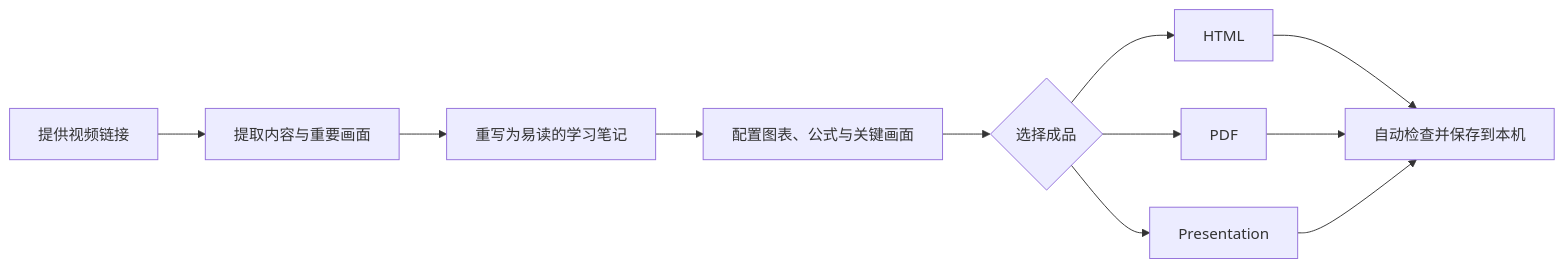
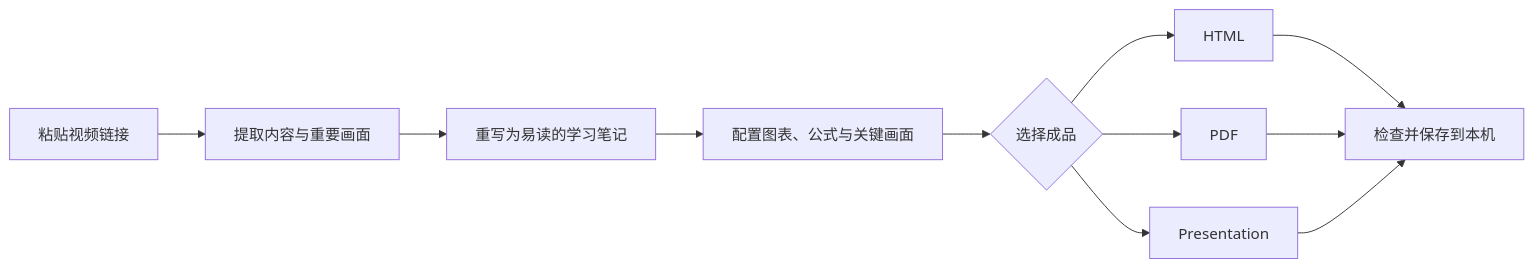
Before and after one commit to cdy1206/video-study-pipeline: the diagram in README.md, drawn with Mermaid. The commit also changed other lines of this file, not shown here.

````diff
--- a/README.md
+++ b/README.md
@@ -128,13 +155,13 @@
 ```mermaid
 flowchart LR
-    A[提供视频链接] --> B[提取内容与重要画面]
+    A[粘贴视频链接] --> B[提取内容与重要画面]
     B --> C[重写为易读的学习笔记]
     C --> D[配置图表、公式与关键画面]
     D --> E{选择成品}
     E --> F[HTML]
     E --> G[PDF]
     E --> H[Presentation]
-    F --> I[自动检查并保存到本机]
+    F --> I[检查并保存到本机]
     G --> I
     H --> I
 ```
````
